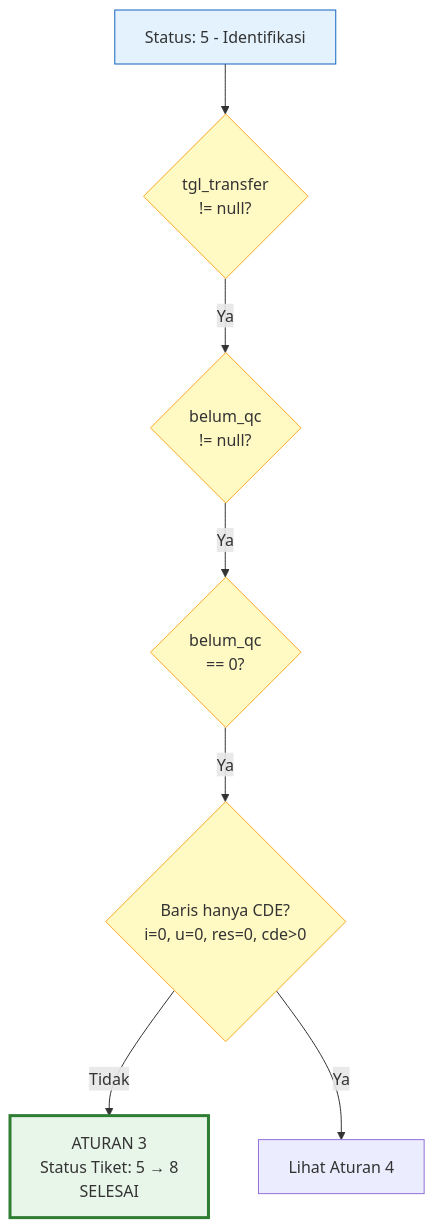
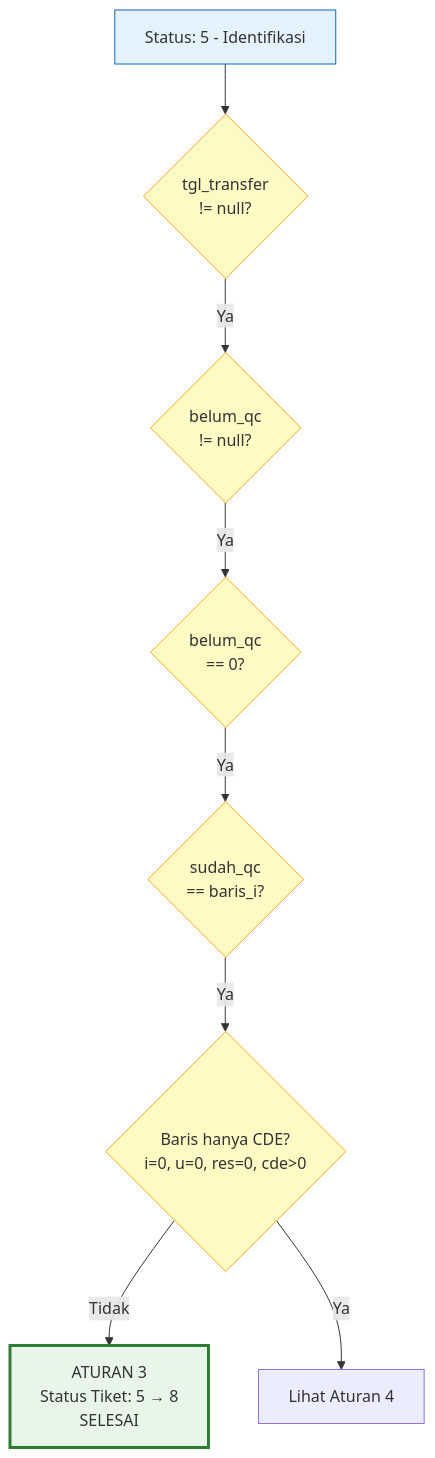
Before and after one commit to kloworizer/diamond-web: the third of 9 diagrams in docs/SYNC_TIKET_UPDATE_RULES.md, drawn with Mermaid. The commit also changed other lines of this file and 16 other files, not shown here.

````diff
--- a/docs/SYNC_TIKET_UPDATE_RULES.md
+++ b/docs/SYNC_TIKET_UPDATE_RULES.md
@@ -49,16 +49,18 @@
 ```mermaid
 flowchart TD
     START[Status: 5 - Identifikasi] --> C1{tgl_transfer<br/>!= null?}
     C1 -->|Ya| C2{belum_qc<br/>!= null?}
     C2 -->|Ya| C3{belum_qc<br/>== 0?}
-    C3 -->|Ya| C4{Baris hanya CDE?<br/>i=0, u=0, res=0, cde>0}
+    C3 -->|Ya| C5{sudah_qc<br/>== baris_i?}
+    C5 -->|Ya| C4{Baris hanya CDE?<br/>i=0, u=0, res=0, cde>0}
     C4 -->|Tidak| RESULT[ATURAN 3<br/>Status Tiket: 5 → 8<br/>SELESAI]
     C4 -->|Ya| KE_4[Lihat Aturan 4]
 
     style RESULT fill:#e8f5e9,stroke:#2e7d32,stroke-width:3px
     style START fill:#e3f2fd,stroke:#1565c0
     style C1 fill:#fff9c4,stroke:#f9a825
     style C2 fill:#fff9c4,stroke:#f9a825
     style C3 fill:#fff9c4,stroke:#f9a825
     style C4 fill:#fff9c4,stroke:#f9a825
+    style C5 fill:#fff9c4,stroke:#f9a825
 ```
````
